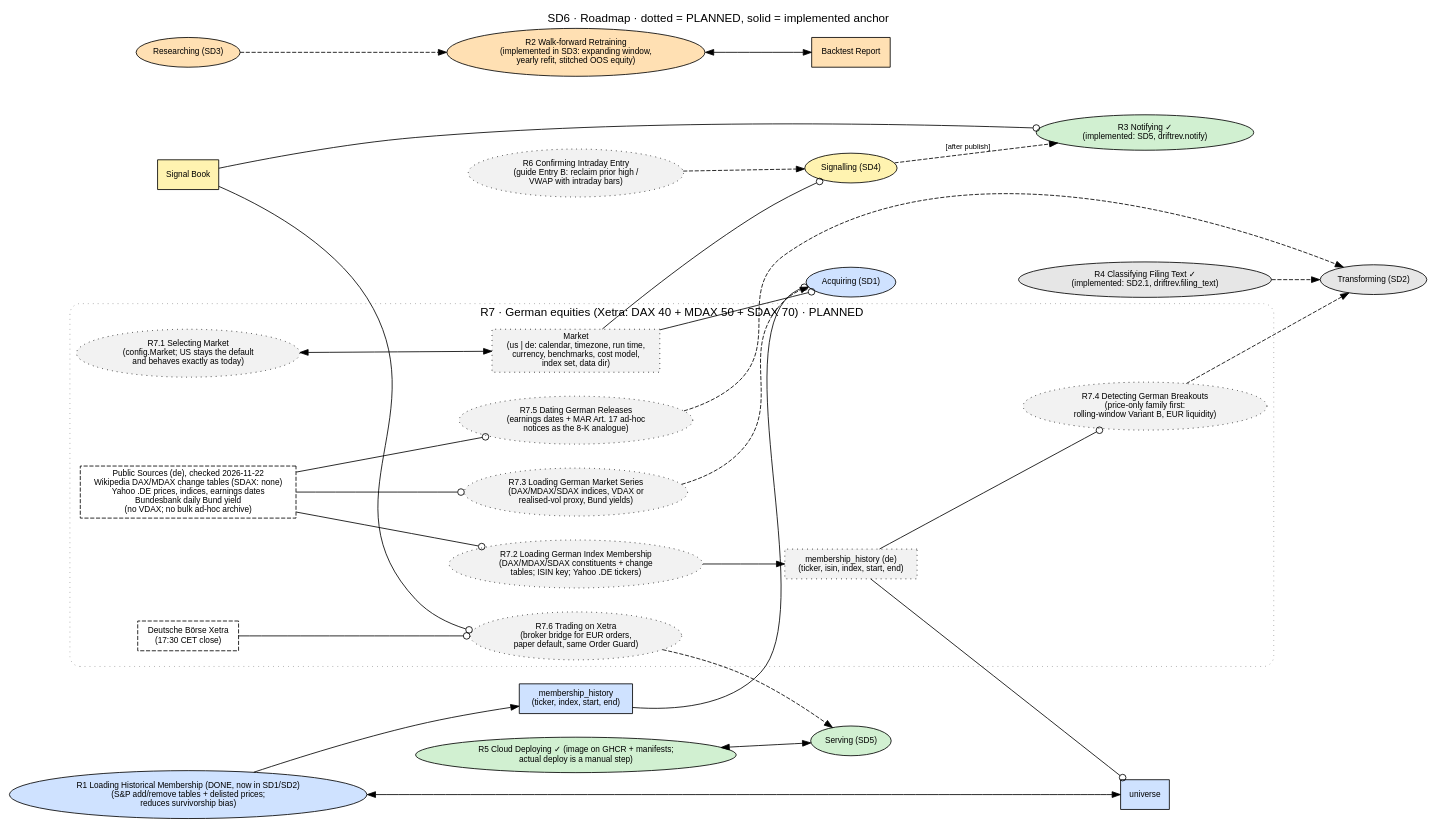
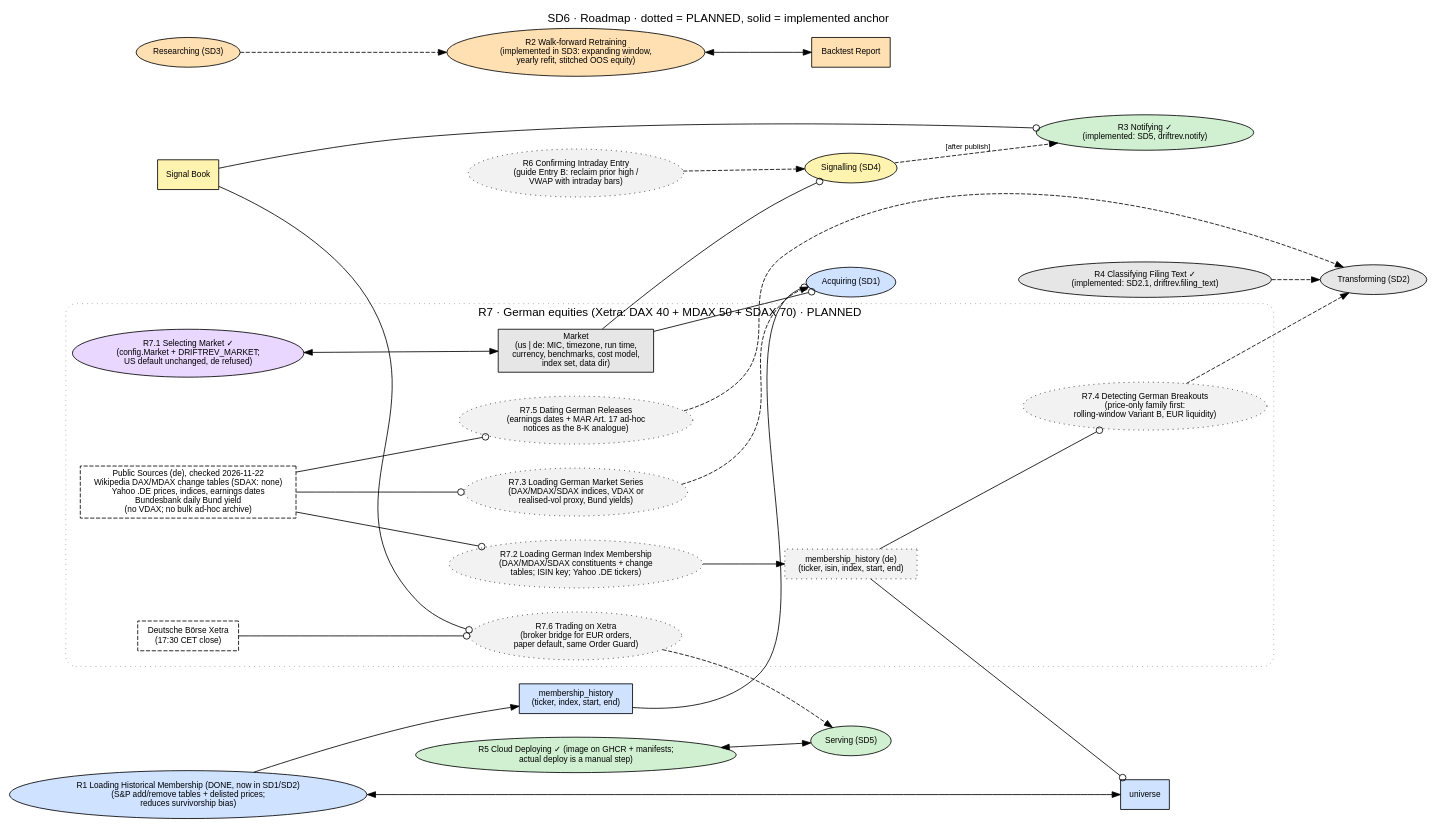
One commit to witold-andelie/stock_analysis_wentao changed the diagram in project/docs/architecture/opm/SD6_roadmap.dot. Above: the diagram before and after it, drawn with Graphviz. The commit also changed 7 other files, not shown here.

First line of the commit message:
R7.1 Selecting Market: config.Market, DRIFTREV_MARKET, per-market data dir

```diff
--- a/project/docs/architecture/opm/SD6_roadmap.dot
+++ b/project/docs/architecture/opm/SD6_roadmap.dot
@@ -1,58 +1,58 @@
 // SD6 · Roadmap: PLANNED processes (dotted) and where they attach to the implemented model.
 // Rule: a planned thing becomes solid only when its code, test and OPL sentence land together.
 digraph SD6 {
   graph [rankdir=LR, fontname="Helvetica", fontsize=14, labelloc=t, nodesep=0.4, ranksep=0.8,
          label="SD6 · Roadmap · dotted = PLANNED, solid = implemented anchor"];
   node  [fontname="Helvetica", fontsize=10, style=filled, fillcolor="#e6e6e6"];
   edge  [fontname="Helvetica", fontsize=9];
 
   // implemented anchors
   acquiring    [shape=ellipse, fillcolor="#cfe2ff", label="Acquiring (SD1)"];
   transforming [shape=ellipse, label="Transforming (SD2)"];
   researching  [shape=ellipse, fillcolor="#ffe0b3", label="Researching (SD3)"];
   signalling   [shape=ellipse, fillcolor="#fff3b0", label="Signalling (SD4)"];
   serving      [shape=ellipse, fillcolor="#d1f0d1", label="Serving (SD5)"];
   universe     [shape=box, fillcolor="#cfe2ff", label="universe"];
   report       [shape=box, fillcolor="#ffe0b3", label="Backtest Report"];
   book         [shape=box, fillcolor="#fff3b0", label="Signal Book"];
 
   // planned things
   r1 [shape=ellipse, fillcolor="#cfe2ff", label="R1 Loading Historical Membership (DONE, now in SD1/SD2)\n(S&P add/remove tables + delisted prices;\nreduces survivorship bias)"];
   r1o [shape=box, fillcolor="#cfe2ff", label="membership_history\n(ticker, index, start, end)"];
   r2 [shape=ellipse, style="filled", fillcolor="#ffe0b3", label="R2 Walk-forward Retraining\n(implemented in SD3: expanding window,\nyearly refit, stitched OOS equity)"];
   r3 [shape=ellipse, fillcolor="#d1f0d1", label="R3 Notifying ✓\n(implemented: SD5, driftrev.notify)"];
   r4 [shape=ellipse, fillcolor="#e6e6e6", label="R4 Classifying Filing Text ✓\n(implemented: SD2.1, driftrev.filing_text)"];
   r5 [shape=ellipse, fillcolor="#d1f0d1", label="R5 Cloud Deploying ✓ (image on GHCR + manifests;\nactual deploy is a manual step)"];
   r6 [shape=ellipse, style="filled,dotted", fillcolor="#f2f2f2", label="R6 Confirming Intraday Entry\n(guide Entry B: reclaim prior high /\nVWAP with intraday bars)"];
 
   r1 -> r1o; r1o -> acquiring [arrowhead=odot]; r1 -> universe [dir=both];
   researching -> r2 [style=dashed]; r2 -> report [dir=both];
   signalling -> r3 [style=dashed, label="[after publish]"]; book -> r3 [arrowhead=odot];
   r4 -> transforming [style=dashed];
   r5 -> serving [dir=both];
   r6 -> signalling [style=dashed];
 
   // R7 · German equities on Deutsche Börse Xetra (DAX + MDAX + SDAX). Order of delivery: R7.1 → R7.6.
   subgraph cluster_r7 {
     label="R7 · German equities (Xetra: DAX 40 + MDAX 50 + SDAX 70) · PLANNED"; style="rounded,dotted"; color="#999999";
     node [style="filled,dotted", fillcolor="#f2f2f2"];
-    market   [shape=box, label="Market\n(us | de: calendar, timezone, run time,\ncurrency, benchmarks, cost model,\nindex set, data dir)"];
-    r71 [shape=ellipse, label="R7.1 Selecting Market\n(config.Market; US stays the default\nand behaves exactly as today)"];
+    market   [shape=box, style=filled, fillcolor="#e6e6e6", label="Market\n(us | de: MIC, timezone, run time,\ncurrency, benchmarks, cost model,\nindex set, data dir)"];
+    r71 [shape=ellipse, style=filled, fillcolor="#ead7ff", label="R7.1 Selecting Market ✓\n(config.Market + DRIFTREV_MARKET;\nUS default unchanged, de refused)"];
     r72 [shape=ellipse, label="R7.2 Loading German Index Membership\n(DAX/MDAX/SDAX constituents + change\ntables; ISIN key; Yahoo .DE tickers)"];
     r72o [shape=box, label="membership_history (de)\n(ticker, isin, index, start, end)"];
     r73 [shape=ellipse, label="R7.3 Loading German Market Series\n(DAX/MDAX/SDAX indices, VDAX or\nrealised-vol proxy, Bund yields)"];
     r74 [shape=ellipse, label="R7.4 Detecting German Breakouts\n(price-only family first:\nrolling-window Variant B, EUR liquidity)"];
     r75 [shape=ellipse, label="R7.5 Dating German Releases\n(earnings dates + MAR Art. 17 ad-hoc\nnotices as the 8-K analogue)"];
     r76 [shape=ellipse, label="R7.6 Trading on Xetra\n(broker bridge for EUR orders,\npaper default, same Order Guard)"];
     xetra [shape=box, style="filled,dashed", fillcolor="#ffffff", label="Deutsche Börse Xetra\n(17:30 CET close)"];
     srcs  [shape=box, style="filled,dashed", fillcolor="#ffffff", label="Public Sources (de), checked 2026-11-22\nWikipedia DAX/MDAX change tables (SDAX: none)\nYahoo .DE prices, indices, earnings dates\nBundesbank daily Bund yield\n(no VDAX; no bulk ad-hoc archive)"];
   }
 
   r71 -> market [dir=both];
   market -> acquiring [arrowhead=odot]; market -> signalling [arrowhead=odot];
   srcs -> r72 [arrowhead=odot]; r72 -> r72o; r72o -> universe [arrowhead=odot];
   srcs -> r73 [arrowhead=odot]; r73 -> acquiring [style=dashed];
   r72o -> r74 [arrowhead=odot]; r74 -> transforming [style=dashed];
   srcs -> r75 [arrowhead=odot]; r75 -> transforming [style=dashed];
   book -> r76 [arrowhead=odot]; xetra -> r76 [arrowhead=odot]; r76 -> serving [style=dashed];
 }
```
